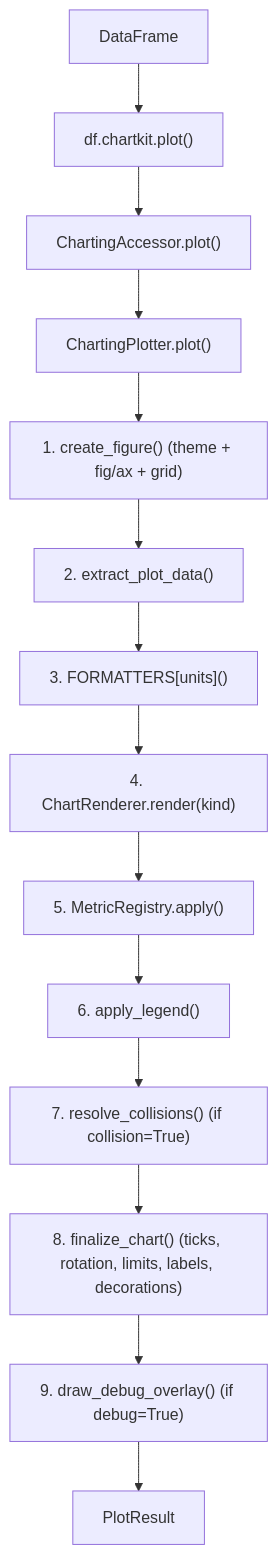
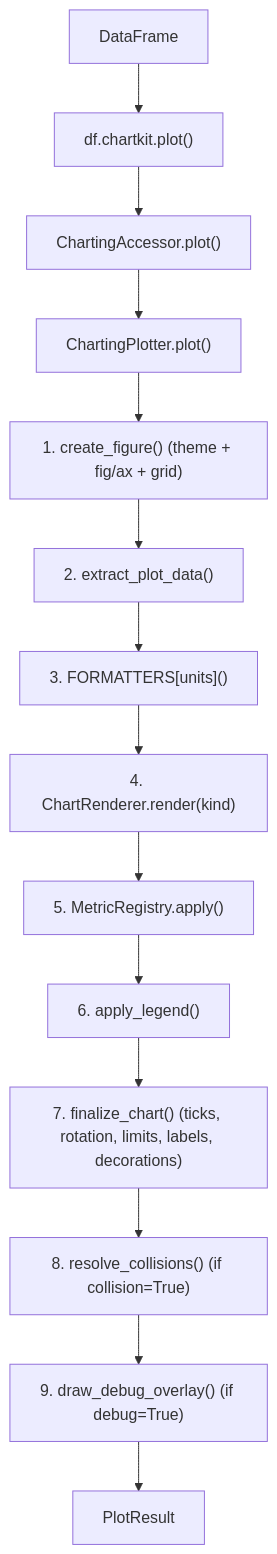
One commit to enzoomoreira/chartkit changed the diagram in docs/contributing/architecture.md. Above: the diagram before and after it, drawn with Mermaid. The commit also changed other lines of this file and 22 other files, not shown here.

````diff
--- a/docs/contributing/architecture.md
+++ b/docs/contributing/architecture.md
@@ -93,17 +92,17 @@
 ```mermaid
 flowchart TD
     A[DataFrame] --> B["df.chartkit.plot()"]
     B --> C["ChartingAccessor.plot()"]
     C --> D["ChartingPlotter.plot()"]
 
     D --> D1["1. create_figure() (theme + fig/ax + grid)"]
     D1 --> D3["2. extract_plot_data()"]
     D3 --> D4["3. FORMATTERS[units]()"]
     D4 --> D5["4. ChartRenderer.render(kind)"]
     D5 --> D6["5. MetricRegistry.apply()"]
     D6 --> D6b["6. apply_legend()"]
-    D6b --> D7["7. resolve_collisions() (if collision=True)"]
-    D7 --> D8["8. finalize_chart() (ticks, rotation, limits, labels, decorations)"]
+    D6b --> D7["7. finalize_chart() (ticks, rotation, limits, labels, decorations)"]
+    D7 --> D8["8. resolve_collisions() (if collision=True)"]
     D8 --> D9["9. draw_debug_overlay() (if debug=True)"]
     D9 --> E["PlotResult"]
 ```
````
